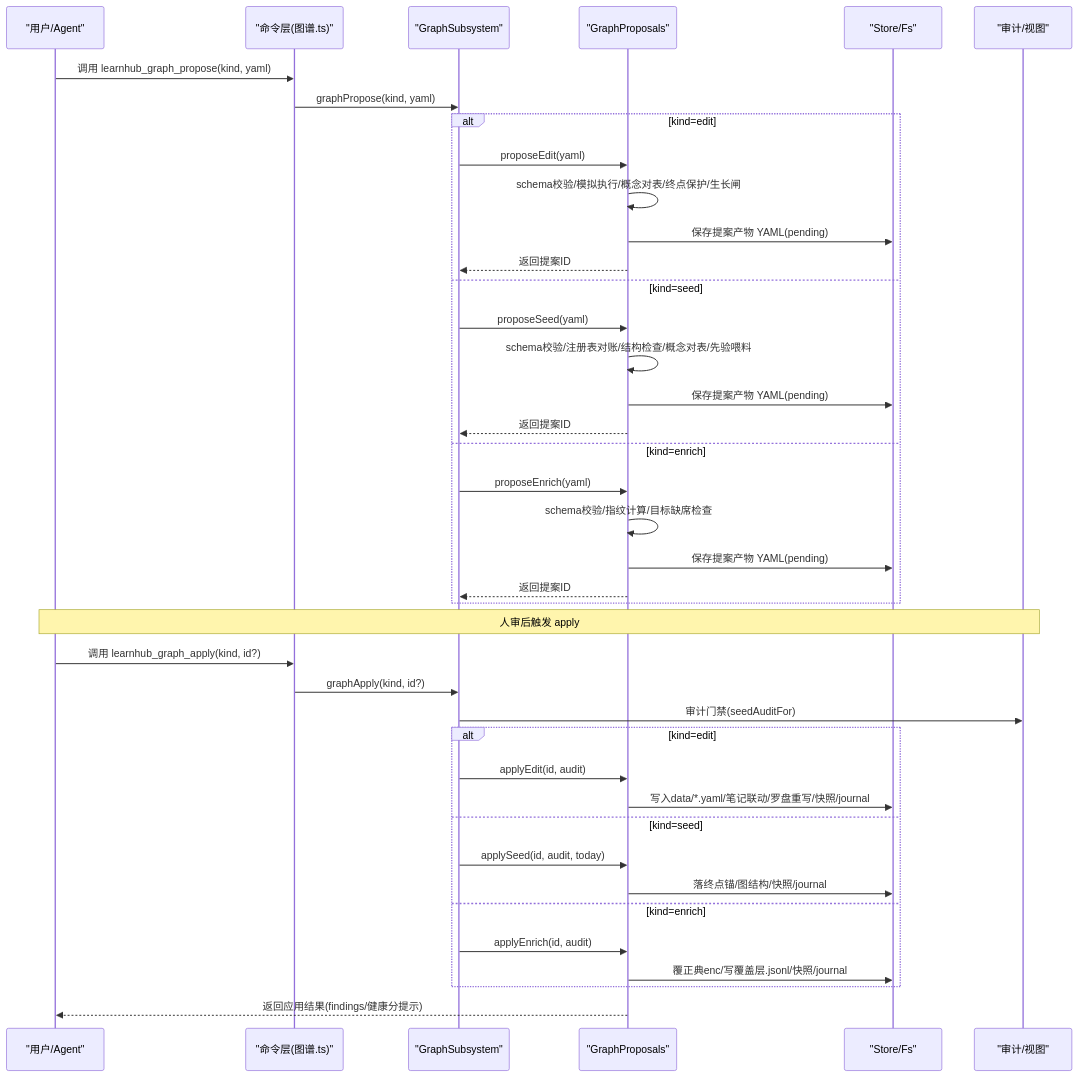
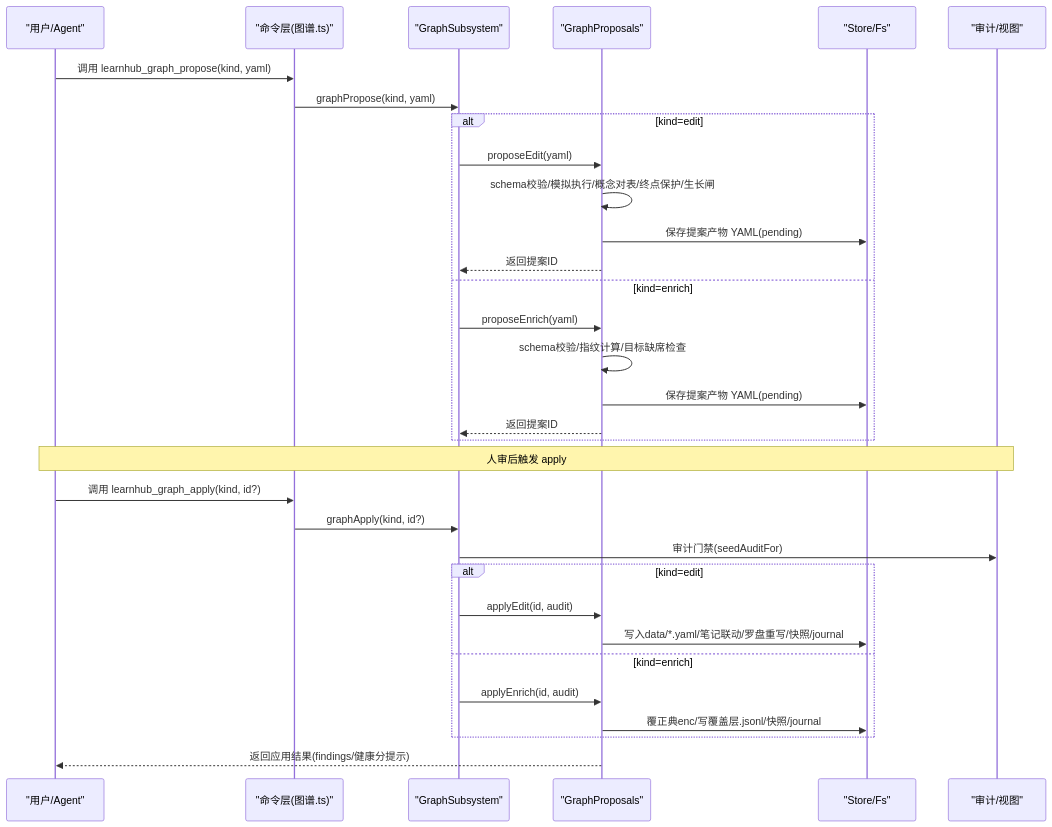
Before and after one commit to maozhijie/learnhub-plugin: the second of 6 diagrams in .qoder/repowiki/zh/content/引擎核心/子系统架构/图谱子系统/图谱提案管理.md, drawn with Mermaid. The commit also changed other lines of this file and 43 other files, not shown here.

````diff
--- a/.qoder/repowiki/zh/content/引擎核心/子系统架构/图谱子系统/图谱提案管理.md
+++ b/.qoder/repowiki/zh/content/引擎核心/子系统架构/图谱子系统/图谱提案管理.md
@@ -96,42 +100,34 @@
 ```mermaid
 sequenceDiagram
 participant U as "用户/Agent"
 participant C as "命令层(图谱.ts)"
 participant G as "GraphSubsystem"
 participant P as "GraphProposals"
 participant S as "Store/Fs"
 participant A as "审计/视图"
 U->>C : 调用 learnhub_graph_propose(kind, yaml)
 C->>G : graphPropose(kind, yaml)
 alt kind=edit
 G->>P : proposeEdit(yaml)
 P->>P : schema校验/模拟执行/概念对表/终点保护/生长闸
 P->>S : 保存提案产物 YAML(pending)
 P-->>G : 返回提案ID
-else kind=seed
-G->>P : proposeSeed(yaml)
-P->>P : schema校验/注册表对账/结构检查/概念对表/先验喂料
-P->>S : 保存提案产物 YAML(pending)
-P-->>G : 返回提案ID
 else kind=enrich
 G->>P : proposeEnrich(yaml)
 P->>P : schema校验/指纹计算/目标缺席检查
 P->>S : 保存提案产物 YAML(pending)
 P-->>G : 返回提案ID
 end
 Note over U,A : 人审后触发 apply
 U->>C : 调用 learnhub_graph_apply(kind, id?)
 C->>G : graphApply(kind, id?)
 G->>A : 审计门禁(seedAuditFor)
 alt kind=edit
 G->>P : applyEdit(id, audit)
 P->>S : 写入data/*.yaml/笔记联动/罗盘重写/快照/journal
-else kind=seed
-G->>P : applySeed(id, audit, today)
-P->>S : 落终点锚/图结构/快照/journal
 else kind=enrich
 G->>P : applyEnrich(id, audit)
 P->>S : 覆正典enc/写覆盖层.jsonl/快照/journal
 end
 P-->>U : 返回应用结果(findings/健康分提示)
 ```
````
